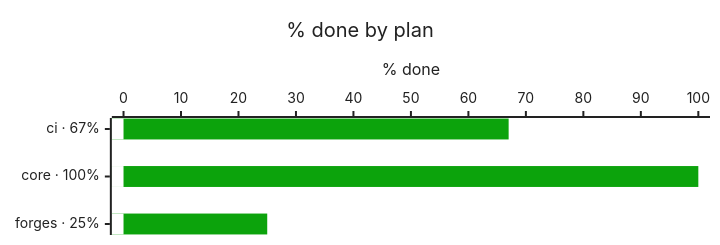
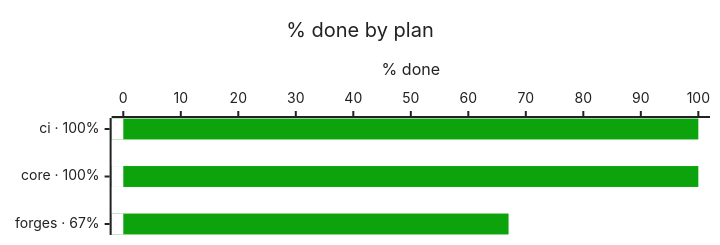
The third of 5 diagrams in README.md (bvraghav/pmtrack), drawn with Mermaid before and after one commit. The commit also changed other lines of this file and 4 other files, not shown here.

````diff
--- a/README.md
+++ b/README.md
@@ -33,9 +32,9 @@
 ```mermaid
 %%{init: {"themeVariables": {"xyChart": {"backgroundColor": "#ffffff", "titleColor": "#222222", "plotColorPalette": "#0ca30c,#ffffff", "xAxisLabelColor": "#222222", "xAxisTitleColor": "#222222", "xAxisTickColor": "#222222", "xAxisLineColor": "#222222", "yAxisLabelColor": "#222222", "yAxisTitleColor": "#222222", "yAxisTickColor": "#222222", "yAxisLineColor": "#222222"}}, "xyChart": {"height": 225}}}%%
 xychart-beta horizontal
   title "% done by plan"
-  x-axis ["ci · 67%", "core · 100%", "forges · 25%"]
+  x-axis ["ci · 100%", "core · 100%", "forges · 67%"]
   y-axis "% done" 0 --> 100
-  bar [67, 100, 25]
+  bar [100, 100, 67]
   bar [0, 0, 0]
 ```
````
